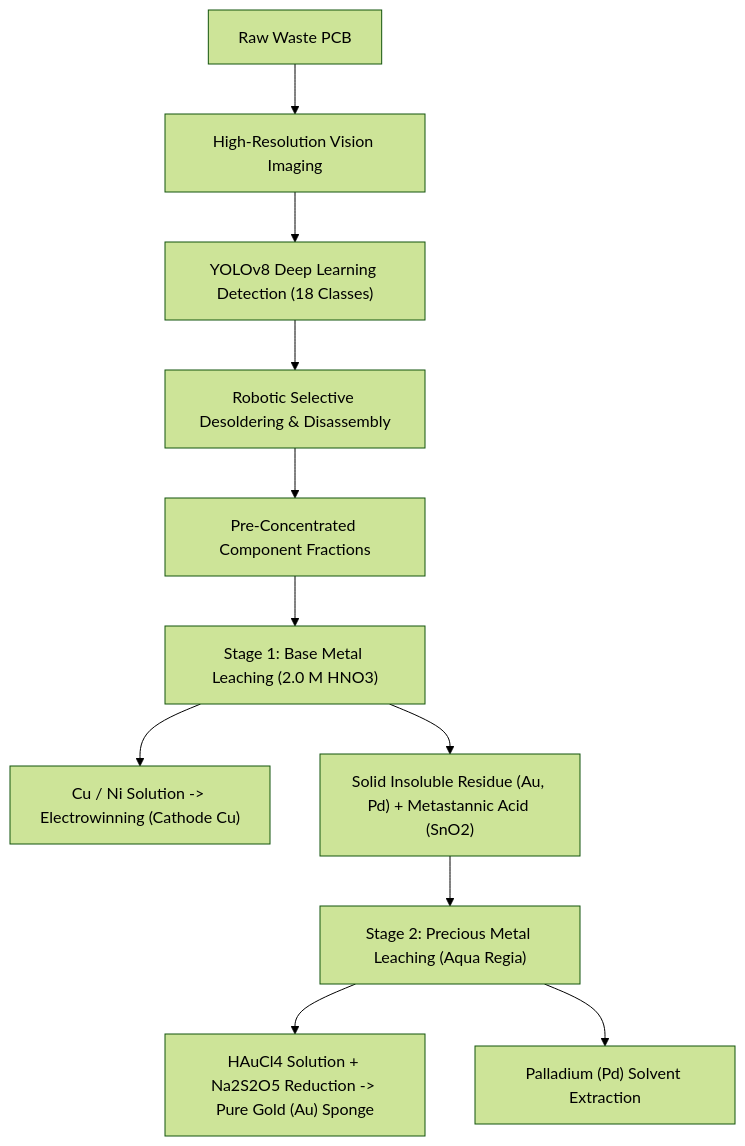
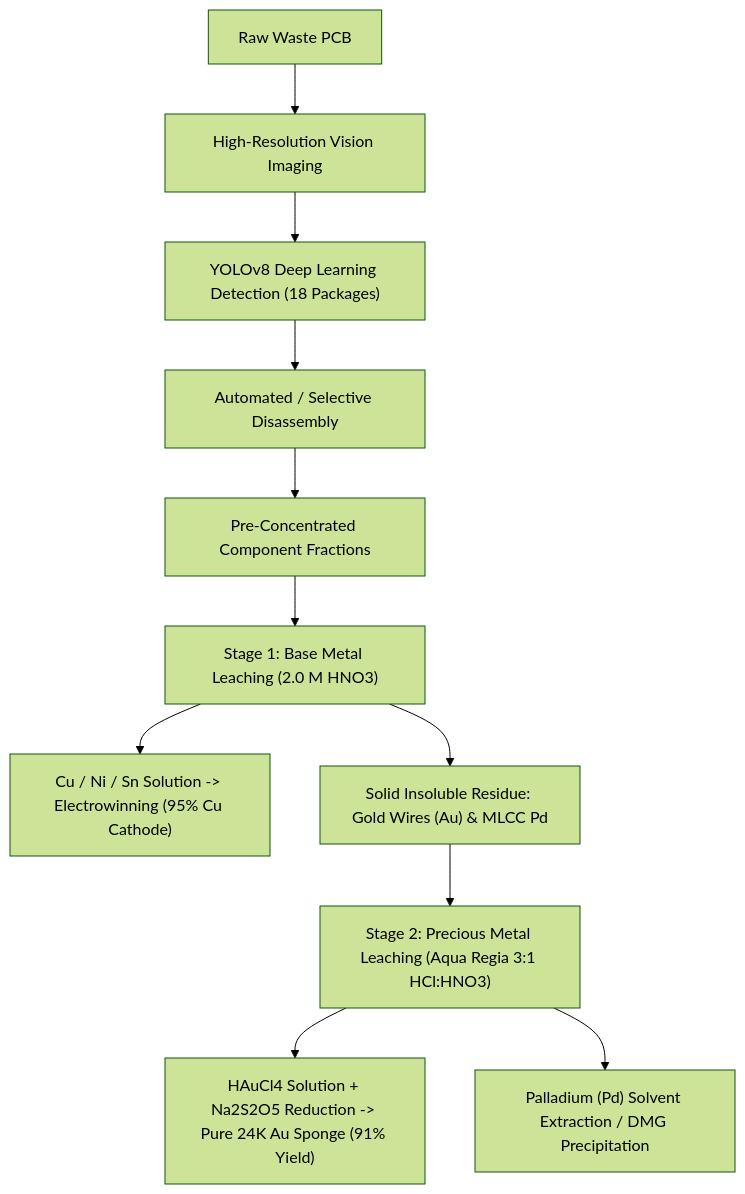
One commit to HarmanBhangu1313/pcb-metallurgy-valuation changed the diagram in README.md. Above: the diagram before and after it, drawn with Mermaid (forest theme). The commit also changed other lines of this file, not shown here.

Commit message:
Update README with live Streamlit app link, B.Tech thesis documentation, and system architecture

````diff
--- a/README.md
+++ b/README.md
@@ -70,15 +70,15 @@
 ```mermaid
 flowchart TD
     A["Raw Waste PCB"] --> B["High-Resolution Vision Imaging"]
-    B --> C["YOLOv8 Deep Learning Detection (18 Classes)"]
-    C --> D["Robotic Selective Desoldering & Disassembly"]
+    B --> C["YOLOv8 Deep Learning Detection (18 Packages)"]
+    C --> D["Automated / Selective Disassembly"]
     D --> E["Pre-Concentrated Component Fractions"]
     
     E --> F["Stage 1: Base Metal Leaching (2.0 M HNO3)"]
-    F --> G["Cu / Ni Solution -> Electrowinning (Cathode Cu)"]
-    F --> H["Solid Insoluble Residue (Au, Pd) + Metastannic Acid (SnO2)"]
+    F --> G["Cu / Ni / Sn Solution -> Electrowinning (95% Cu Cathode)"]
+    F --> H["Solid Insoluble Residue: Gold Wires (Au) & MLCC Pd"]
     
-    H --> I["Stage 2: Precious Metal Leaching (Aqua Regia)"]
-    I --> J["HAuCl4 Solution + Na2S2O5 Reduction -> Pure Gold (Au) Sponge"]
-    I --> K["Palladium (Pd) Solvent Extraction"]
+    H --> I["Stage 2: Precious Metal Leaching (Aqua Regia 3:1 HCl:HNO3)"]
+    I --> J["HAuCl4 Solution + Na2S2O5 Reduction -> Pure 24K Au Sponge (91% Yield)"]
+    I --> K["Palladium (Pd) Solvent Extraction / DMG Precipitation"]
 ```
````
